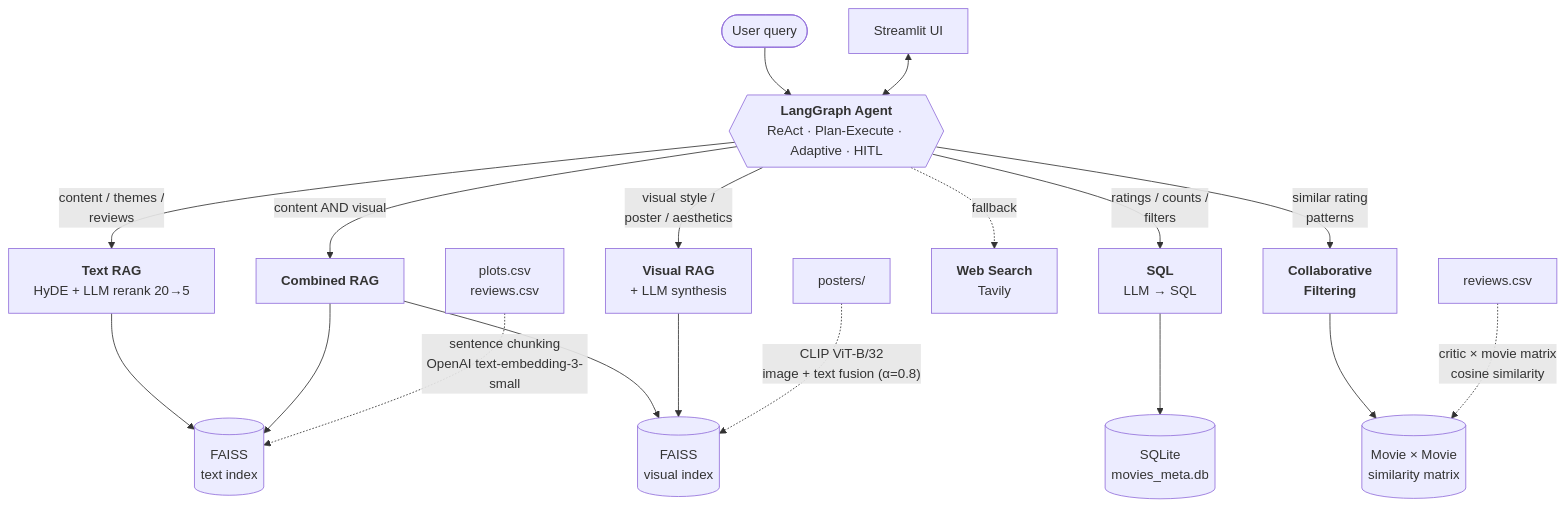
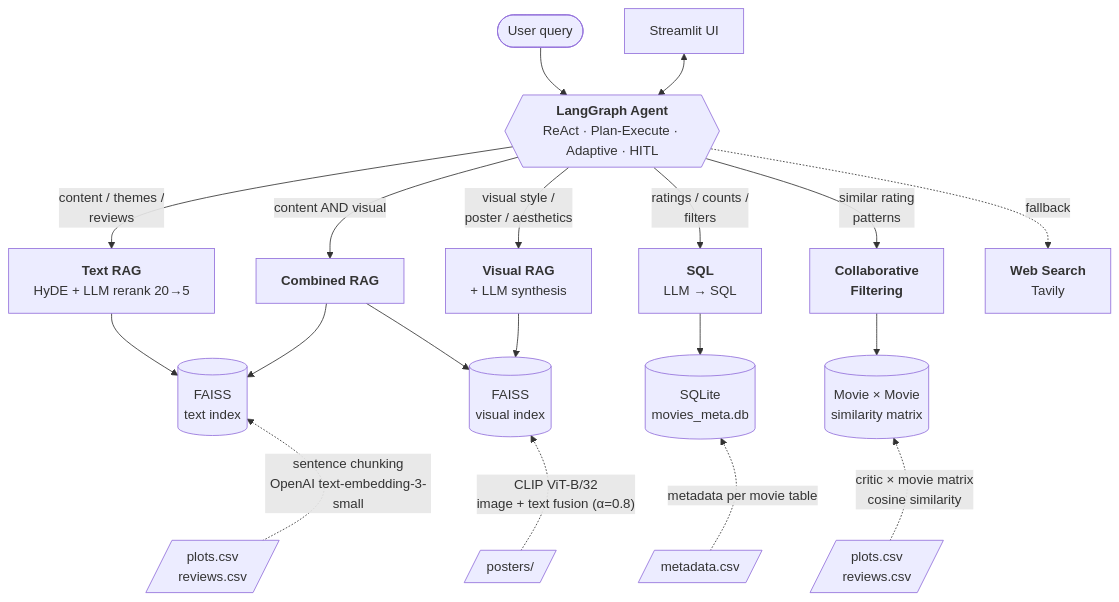
The diagram in README.md (sirandou/movie-rag), drawn with Mermaid before and after one commit.

Commit message:
Update README with invisible links

````diff
--- a/README.md
+++ b/README.md
@@ -17,31 +17,43 @@
 ```mermaid
 flowchart TB
     U([User query]) --> AG
 
     AG{{"<b>LangGraph Agent</b><br/>ReAct · Plan-Execute · Adaptive · HITL"}}
 
     AG -->|"content / themes /<br/>reviews"| T1["<b>Text RAG</b><br/>HyDE + LLM rerank 20→5"]
     AG -->|"visual style /<br/>poster / aesthetics"| T2["<b>Visual RAG</b><br/>+ LLM synthesis"]
     AG -->|"content AND visual"| T3["<b>Combined RAG</b>"]
     AG -->|"ratings / counts /<br/>filters"| T4["<b>SQL</b><br/>LLM → SQL"]
     AG -->|"similar rating<br/>patterns"| T5["<b>Collaborative<br/>Filtering</b>"]
     AG -. "fallback" .-> T6["<b>Web Search</b><br/>Tavily"]
 
     T1 --> IDX1
     T3 --> IDX1
     T3 --> IDX2
     T2 --> IDX2
     T4 --> IDX3
     T5 --> IDX4
 
     IDX1[("FAISS<br/>text index")]
     IDX2[("FAISS<br/>visual index")]
     IDX3[("SQLite<br/>movies_meta.db")]
     IDX4[("Movie × Movie<br/>similarity matrix")]
 
-    S1["plots.csv<br/>reviews.csv"] -. "sentence chunking<br/>OpenAI text-embedding-3-small" .-> IDX1
-    S2["posters/"] -. "CLIP ViT-B/32<br/>image + text fusion (α=0.8)" .-> IDX2
-    S3["reviews.csv"] -. "critic × movie matrix<br/>cosine similarity" .-> IDX4
+    %% Use invisible links to push sources below indexes
+    IDX1 ~~~ S1
+    IDX2 ~~~ S2
+    IDX3 ~~~ S3
+    IDX4 ~~~ S4
+
+    S1[/"plots.csv<br/>reviews.csv"/]
+    S2[/"posters/"/]
+    S3[/"metadata.csv"/]
+    S4[/"plots.csv<br/>reviews.csv"/]
+
+    S1 -. "sentence chunking<br/>OpenAI text-embedding-3-small" .-> IDX1
+    S2 -. "CLIP ViT-B/32<br/>image + text fusion (α=0.8)" .-> IDX2
+    S3 -. "metadata per movie table" .-> IDX3
+    S4 -. "critic × movie matrix<br/>cosine similarity" .-> IDX4
 
     UI["Streamlit UI"] <--> AG
 ```
````
